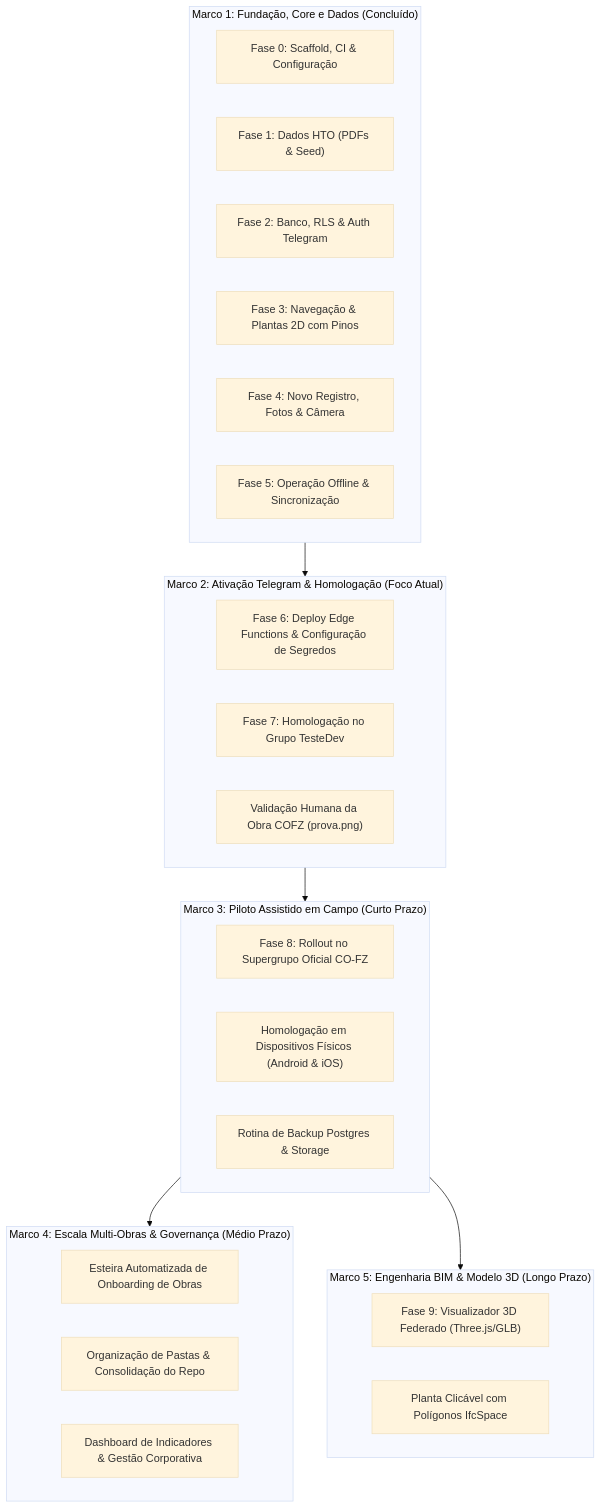
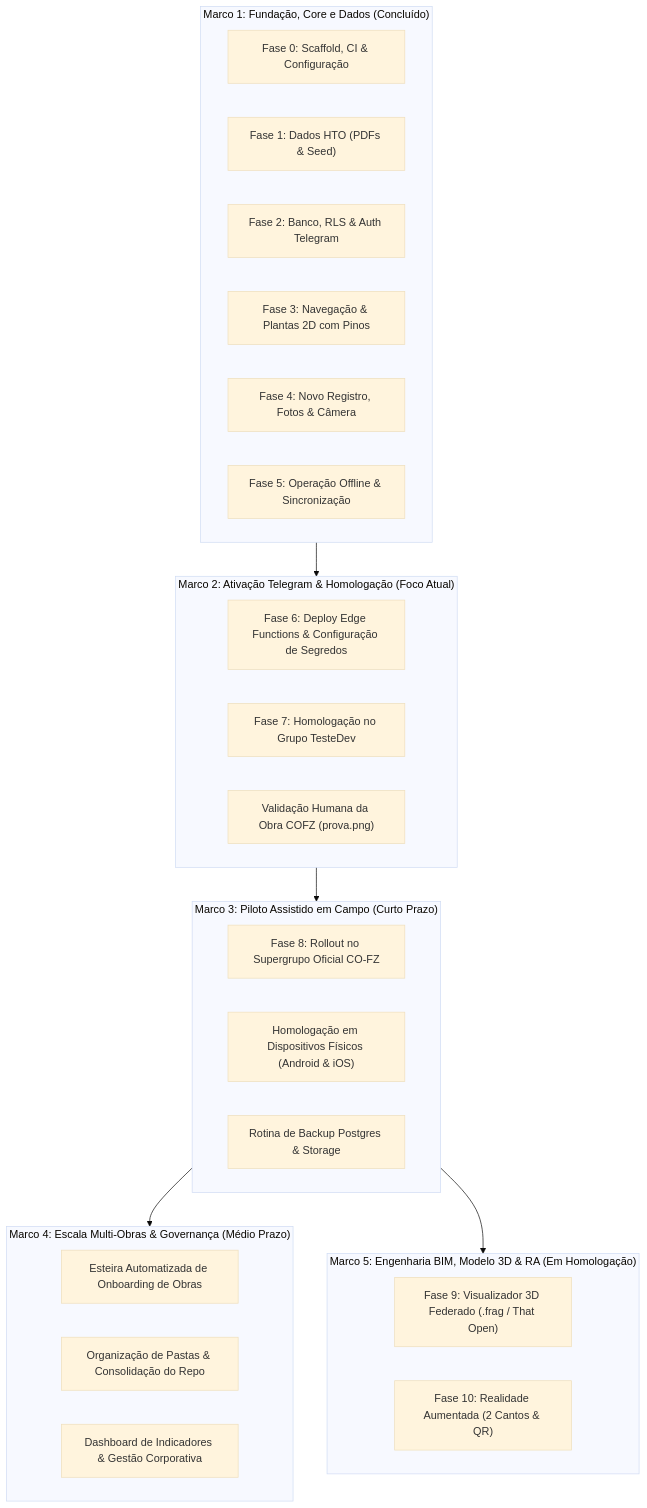
One commit to PFAN1234/MINIAPPCOFZ changed the second of 2 diagrams in docs/ROADMAP.md. Above: the diagram before and after it, drawn with Mermaid (base theme). The commit also changed other lines of this file and 3 other files, not shown here.

First line of the commit message:
docs(ra): atualiza contrato-ra, ra, ROADMAP e todo com entregas de 3D/RA

````diff
--- a/docs/ROADMAP.md
+++ b/docs/ROADMAP.md
@@ -65,39 +66,39 @@
 ```mermaid
 flowchart TD
     subgraph M1["Marco 1: Fundação, Core e Dados (Concluído)"]
         F0["Fase 0: Scaffold, CI & Configuração"]
         F1["Fase 1: Dados HTO (PDFs & Seed)"]
         F2["Fase 2: Banco, RLS & Auth Telegram"]
         F3["Fase 3: Navegação & Plantas 2D com Pinos"]
         F4["Fase 4: Novo Registro, Fotos & Câmera"]
         F5["Fase 5: Operação Offline & Sincronização"]
     end
 
     subgraph M2["Marco 2: Ativação Telegram & Homologação (Foco Atual)"]
         F6["Fase 6: Deploy Edge Functions & Configuração de Segredos"]
         F7["Fase 7: Homologação no Grupo TesteDev"]
         COFZ["Validação Humana da Obra COFZ (prova.png)"]
     end
 
     subgraph M3["Marco 3: Piloto Assistido em Campo (Curto Prazo)"]
         F8["Fase 8: Rollout no Supergrupo Oficial CO-FZ"]
         HOM["Homologação em Dispositivos Físicos (Android & iOS)"]
         BKP["Rotina de Backup Postgres & Storage"]
     end
 
     subgraph M4["Marco 4: Escala Multi-Obras & Governança (Médio Prazo)"]
         AUTO["Esteira Automatizada de Onboarding de Obras"]
         ORG["Organização de Pastas & Consolidação do Repo"]
         DASH["Dashboard de Indicadores & Gestão Corporativa"]
     end
 
-    subgraph M5["Marco 5: Engenharia BIM & Modelo 3D (Longo Prazo)"]
-        F9["Fase 9: Visualizador 3D Federado (Three.js/GLB)"]
-        VET["Planta Clicável com Polígonos IfcSpace"]
+    subgraph M5["Marco 5: Engenharia BIM, Modelo 3D & RA (Em Homologação)"]
+        F9["Fase 9: Visualizador 3D Federado (.frag / That Open)"]
+        F10["Fase 10: Realidade Aumentada (2 Cantos & QR)"]
     end
 
     M1 --> M2
     M2 --> M3
     M3 --> M4
     M3 --> M5
 ```
````
